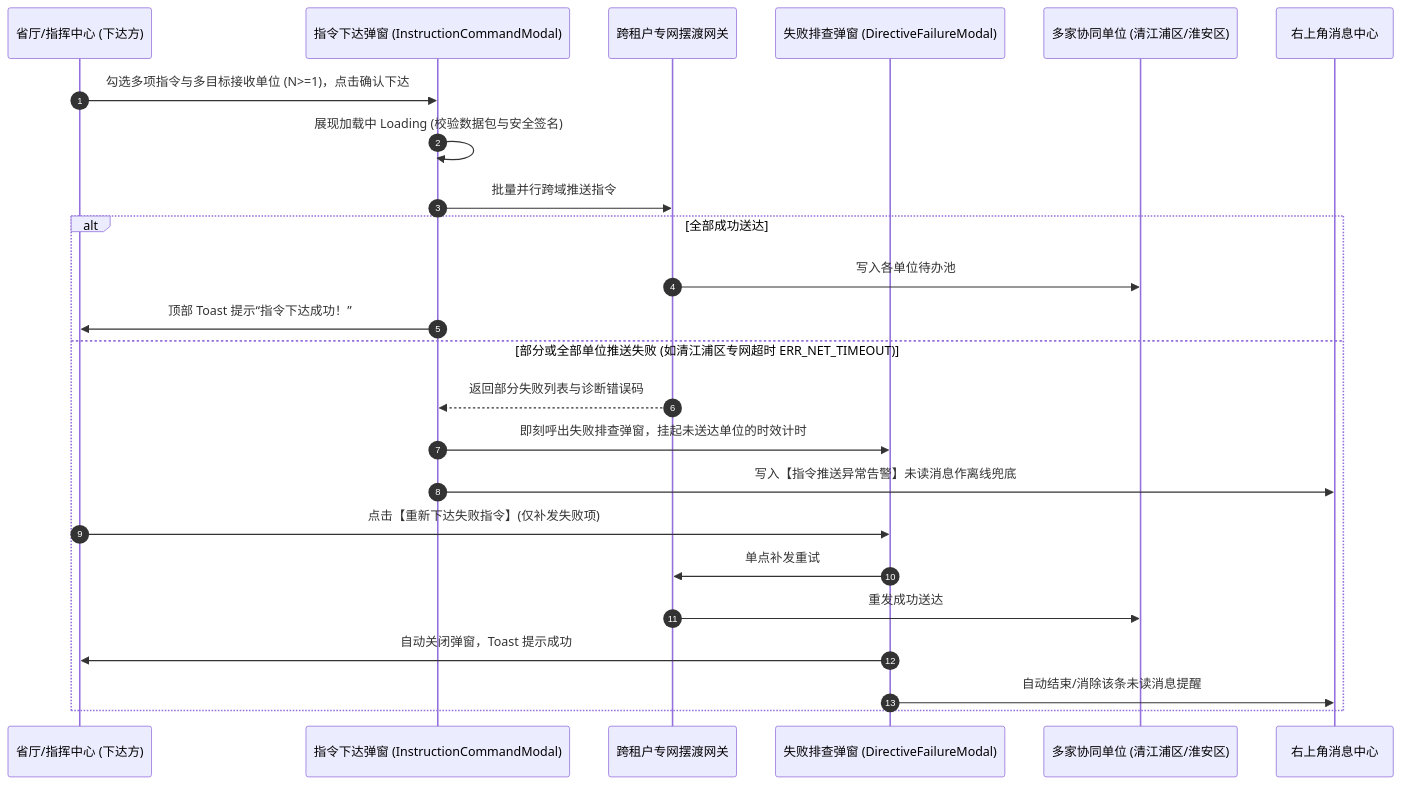
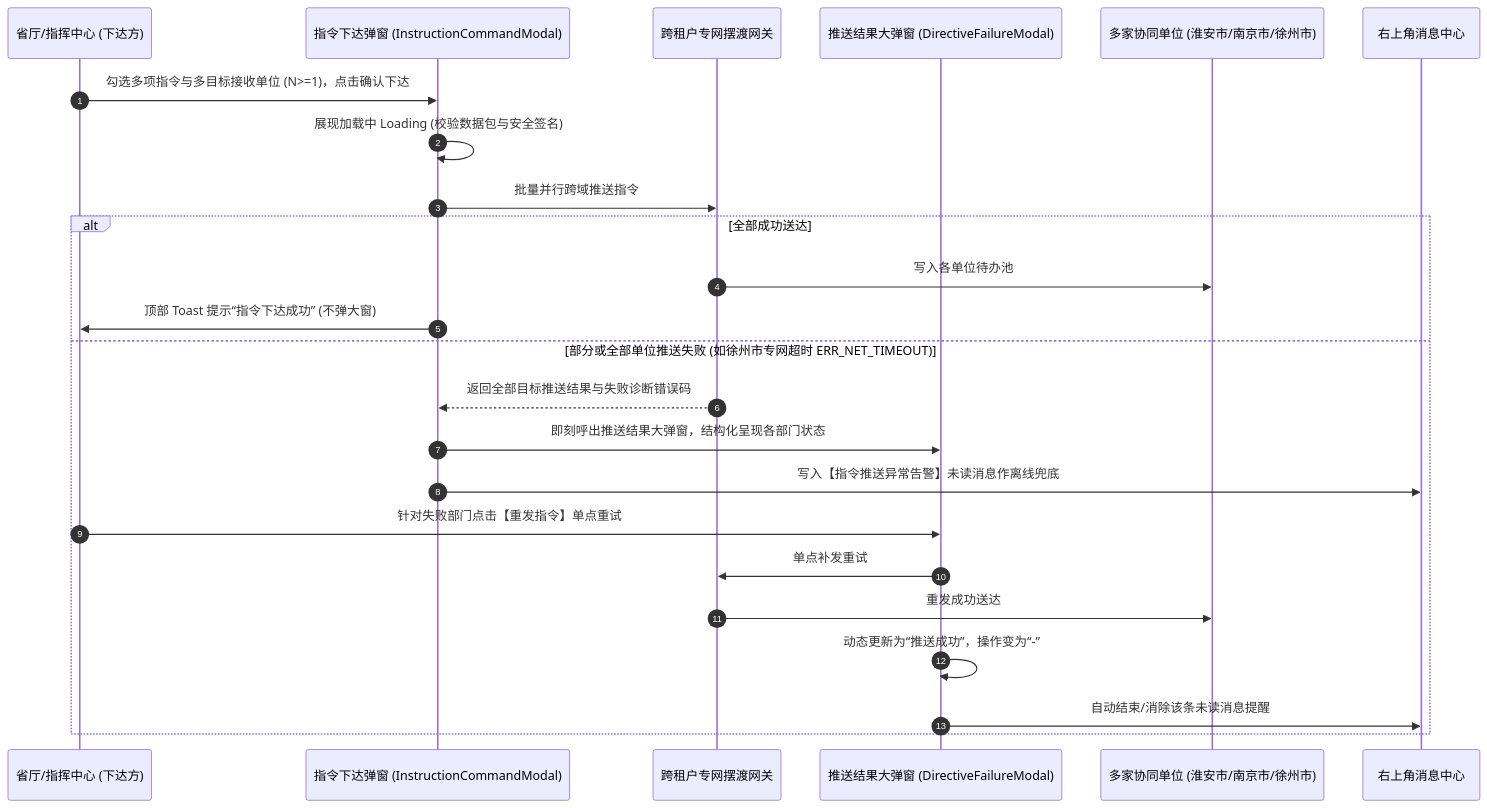
One commit to lueqian/lueqian.github.io changed the third of 3 diagrams in src/prototypes/蓝鹰一体化系统/spec.md. Above: the diagram before and after it, drawn with Mermaid. The commit also changed other lines of this file and 8 other files, not shown here.

````diff
--- a/src/prototypes/蓝鹰一体化系统/spec.md
+++ b/src/prototypes/蓝鹰一体化系统/spec.md
@@ -1038,27 +1038,27 @@
 ```mermaid
 sequenceDiagram
     autonumber
     participant Chief as 省厅/指挥中心 (下达方)
     participant Modal as 指令下达弹窗 (InstructionCommandModal)
     participant Gateway as 跨租户专网摆渡网关
-    participant FailModal as 失败排查弹窗 (DirectiveFailureModal)
-    participant Targets as 多家协同单位 (清江浦区/淮安区)
+    participant ResultModal as 推送结果大弹窗 (DirectiveFailureModal)
+    participant Targets as 多家协同单位 (淮安市/南京市/徐州市)
     participant MsgCenter as 右上角消息中心
 
     Chief->>Modal: 勾选多项指令与多目标接收单位 (N>=1)，点击确认下达
     Modal->>Modal: 展现加载中 Loading (校验数据包与安全签名)
     Modal->>Gateway: 批量并行跨域推送指令
     alt 全部成功送达
         Gateway->>Targets: 写入各单位待办池
-        Modal->>Chief: 顶部 Toast 提示“指令下达成功！”
-    else 部分或全部单位推送失败 (如清江浦区专网超时 ERR_NET_TIMEOUT)
-        Gateway-->>Modal: 返回部分失败列表与诊断错误码
-        Modal->>FailModal: 即刻呼出失败排查弹窗，挂起未送达单位的时效计时
+        Modal->>Chief: 顶部 Toast 提示“指令下达成功” (不弹大窗)
+    else 部分或全部单位推送失败 (如徐州市专网超时 ERR_NET_TIMEOUT)
+        Gateway-->>Modal: 返回全部目标推送结果与失败诊断错误码
+        Modal->>ResultModal: 即刻呼出推送结果大弹窗，结构化呈现各部门状态
         Modal->>MsgCenter: 写入【指令推送异常告警】未读消息作离线兜底
-        Chief->>FailModal: 点击【重新下达失败指令】(仅补发失败项)
-        FailModal->>Gateway: 单点补发重试
+        Chief->>ResultModal: 针对失败部门点击【重发指令】单点重试
+        ResultModal->>Gateway: 单点补发重试
         Gateway->>Targets: 重发成功送达
-        FailModal->>Chief: 自动关闭弹窗，Toast 提示成功
-        FailModal->>MsgCenter: 自动结束/消除该条未读消息提醒
+        ResultModal->>ResultModal: 动态更新为“推送成功”，操作变为“-”
+        ResultModal->>MsgCenter: 自动结束/消除该条未读消息提醒
     end
 ```
````
